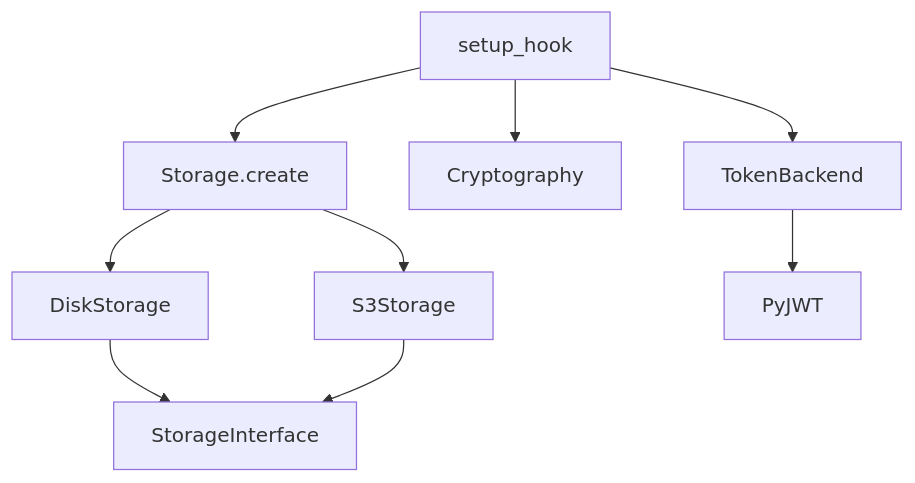
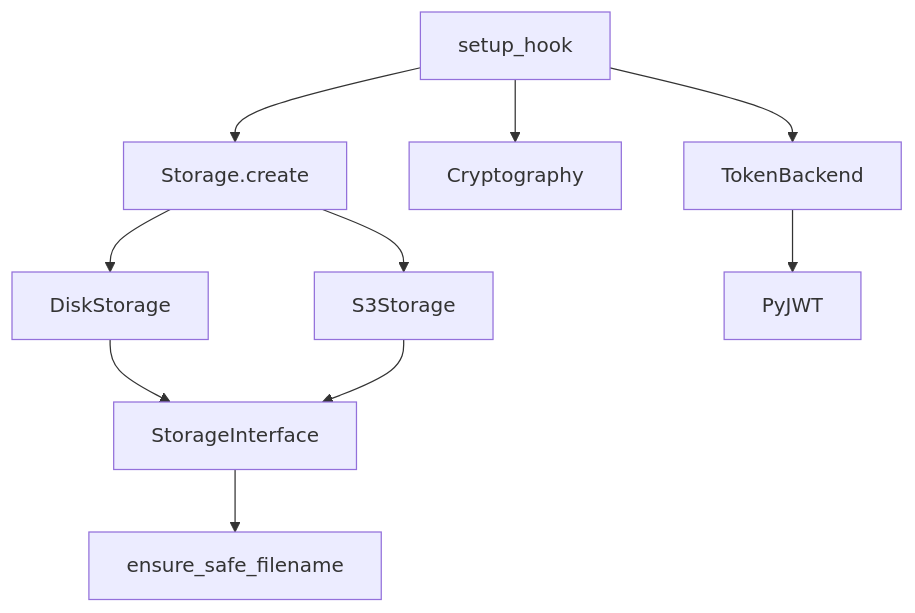
One commit to Tap2Cloud/backend-public changed the first of 2 diagrams in docs/wiki/clients.md. Above: the diagram before and after it, drawn with Mermaid. The commit also changed other lines of this file and 15 other files, not shown here.

````diff
--- a/docs/wiki/clients.md
+++ b/docs/wiki/clients.md
@@ -9,11 +9,12 @@
 ```mermaid
 graph TD
   Setup[setup_hook] --> TB[TokenBackend]
   Setup --> Crypto[Cryptography]
   Setup --> Store[Storage.create]
   Store --> Disk[DiskStorage]
   Store --> S3[S3Storage]
   Disk --> IF[StorageInterface]
+  IF --> Safe[ensure_safe_filename]
   S3 --> IF
   TB --> JWT[PyJWT]
 ```
````
